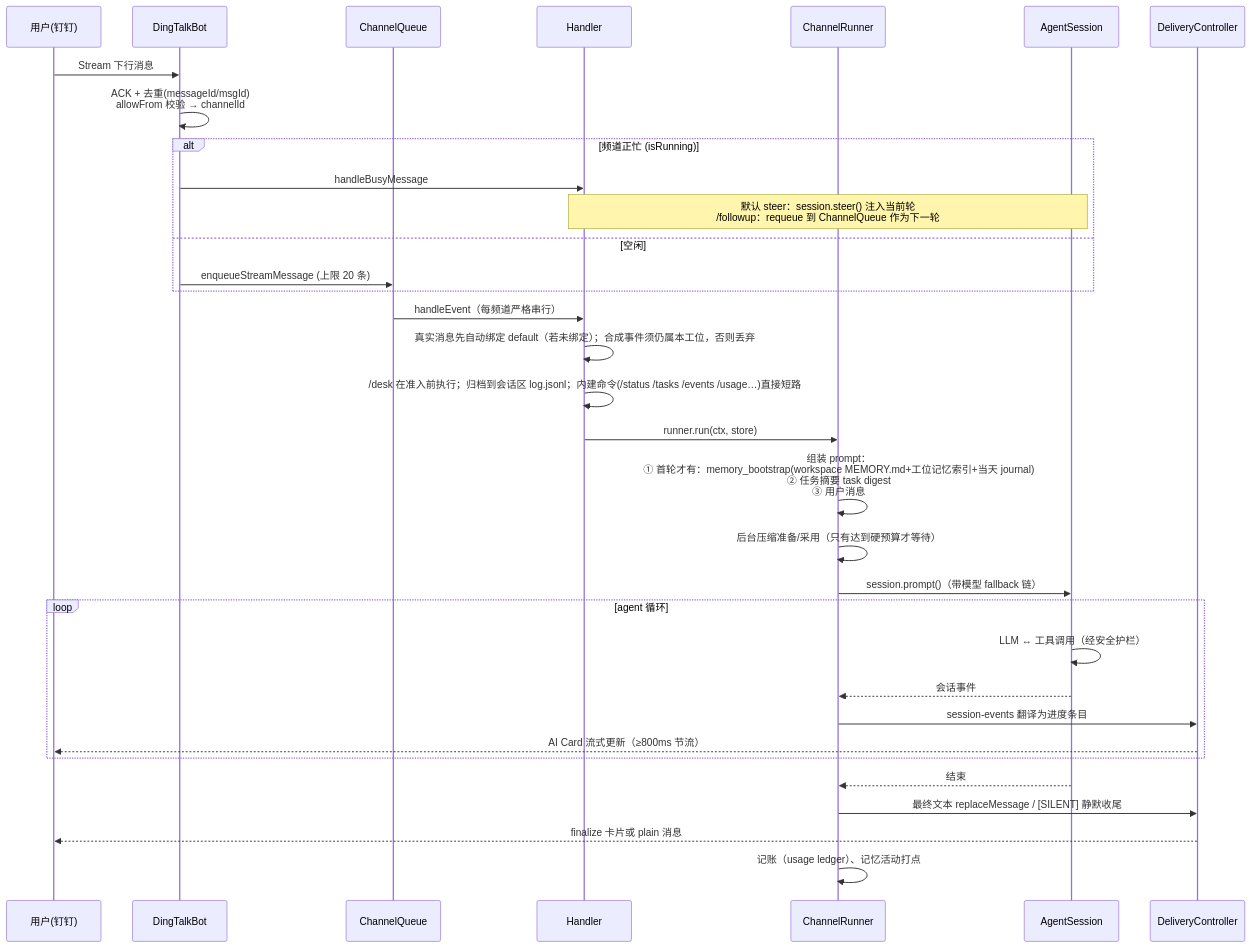
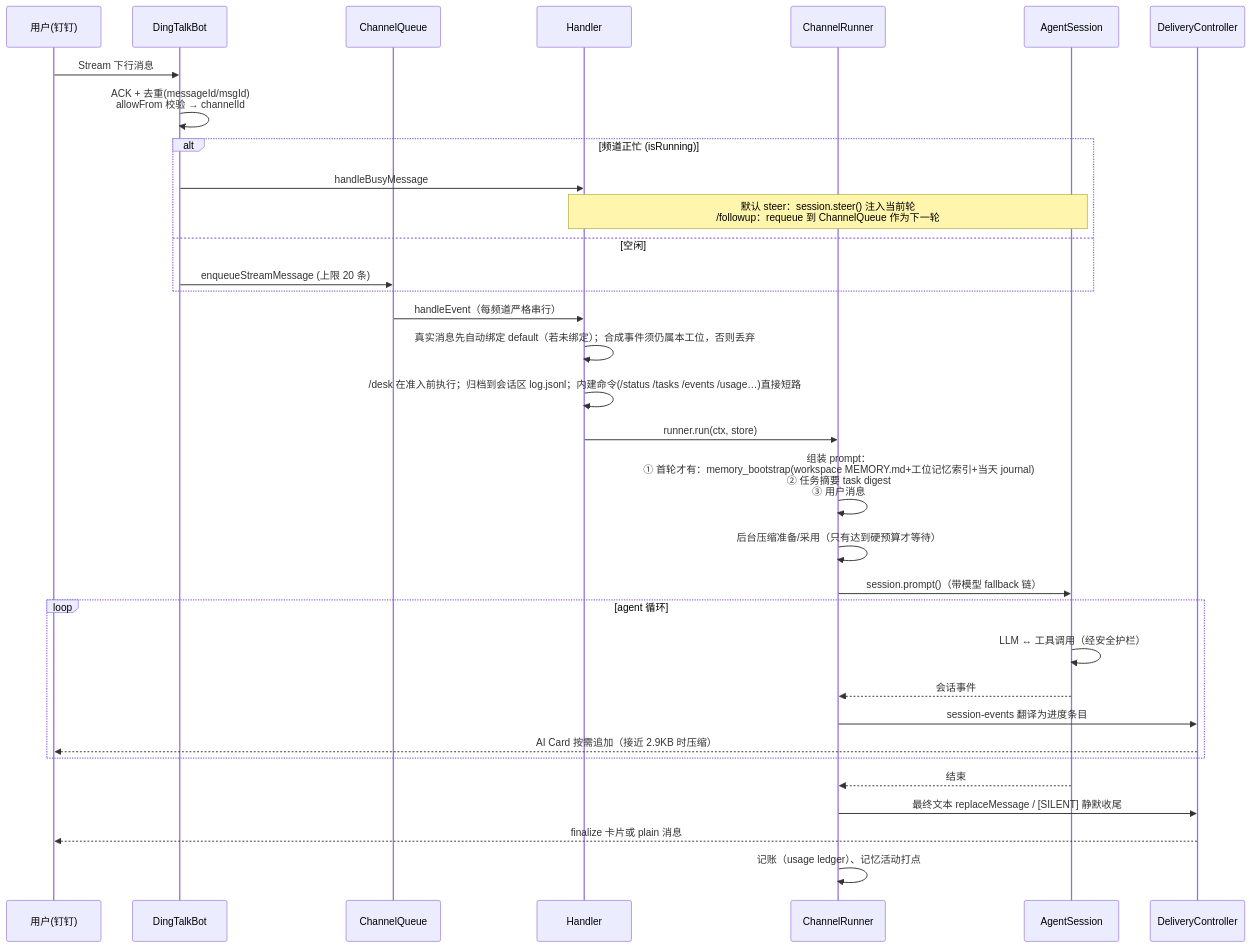
One commit to oyasmi/pipiclaw changed the second of 4 diagrams in docs/architecture.md. Above: the diagram before and after it, drawn with Mermaid. The commit also changed other lines of this file and 11 other files, not shown here.

````diff
--- a/docs/architecture.md
+++ b/docs/architecture.md
@@ -130,36 +130,36 @@
 ```mermaid
 sequenceDiagram
     participant U as 用户(钉钉)
     participant B as DingTalkBot
     participant Q as ChannelQueue
     participant H as Handler
     participant R as ChannelRunner
     participant S as AgentSession
     participant D as DeliveryController
 
     U->>B: Stream 下行消息
     B->>B: ACK + 去重(messageId/msgId)<br/>allowFrom 校验 → channelId
     alt 频道正忙 (isRunning)
         B->>H: handleBusyMessage
         Note over H,S: 默认 steer：session.steer() 注入当前轮<br/>/followup：requeue 到 ChannelQueue 作为下一轮
     else 空闲
         B->>Q: enqueueStreamMessage (上限 20 条)
     end
     Q->>H: handleEvent（每频道严格串行）
     H->>H: 真实消息先自动绑定 default（若未绑定）；合成事件须仍属本工位，否则丢弃
     H->>H: /desk 在准入前执行；归档到会话区 log.jsonl；内建命令(/status /tasks /events /usage…)直接短路
     H->>R: runner.run(ctx, store)
     R->>R: 组装 prompt：<br/>① 首轮才有：memory_bootstrap(workspace MEMORY.md+工位记忆索引+当天 journal)<br/>② 任务摘要 task digest<br/>③ 用户消息
     R->>R: 后台压缩准备/采用（只有达到硬预算才等待）
     R->>S: session.prompt()（带模型 fallback 链）
     loop agent 循环
         S->>S: LLM ↔ 工具调用（经安全护栏）
         S-->>R: 会话事件
         R->>D: session-events 翻译为进度条目
-        D-->>U: AI Card 流式更新（≥800ms 节流）
+        D-->>U: AI Card 按需追加（接近 2.9KB 时压缩）
     end
     S-->>R: 结束
     R->>D: 最终文本 replaceMessage / [SILENT] 静默收尾
     D-->>U: finalize 卡片或 plain 消息
     R->>R: 记账（usage ledger）、记忆活动打点
 ```
````
